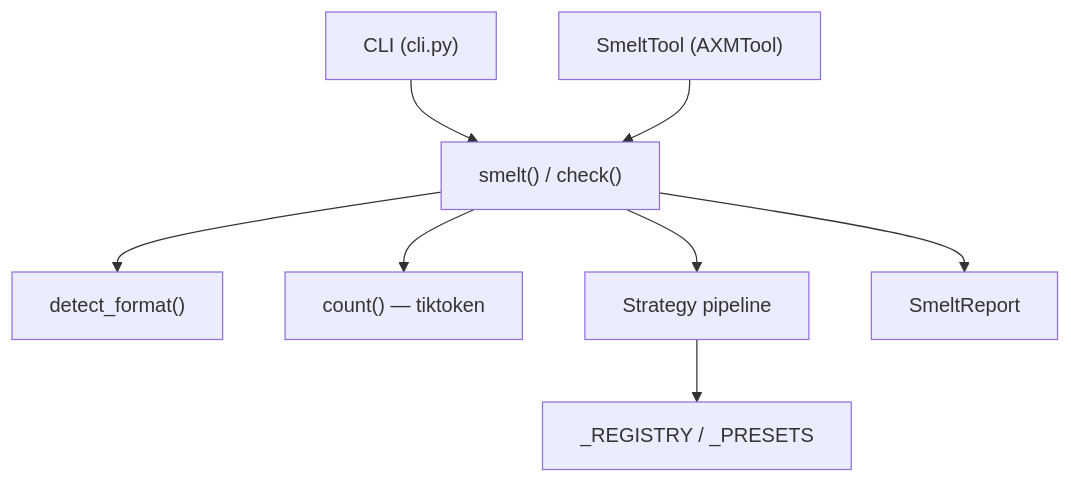
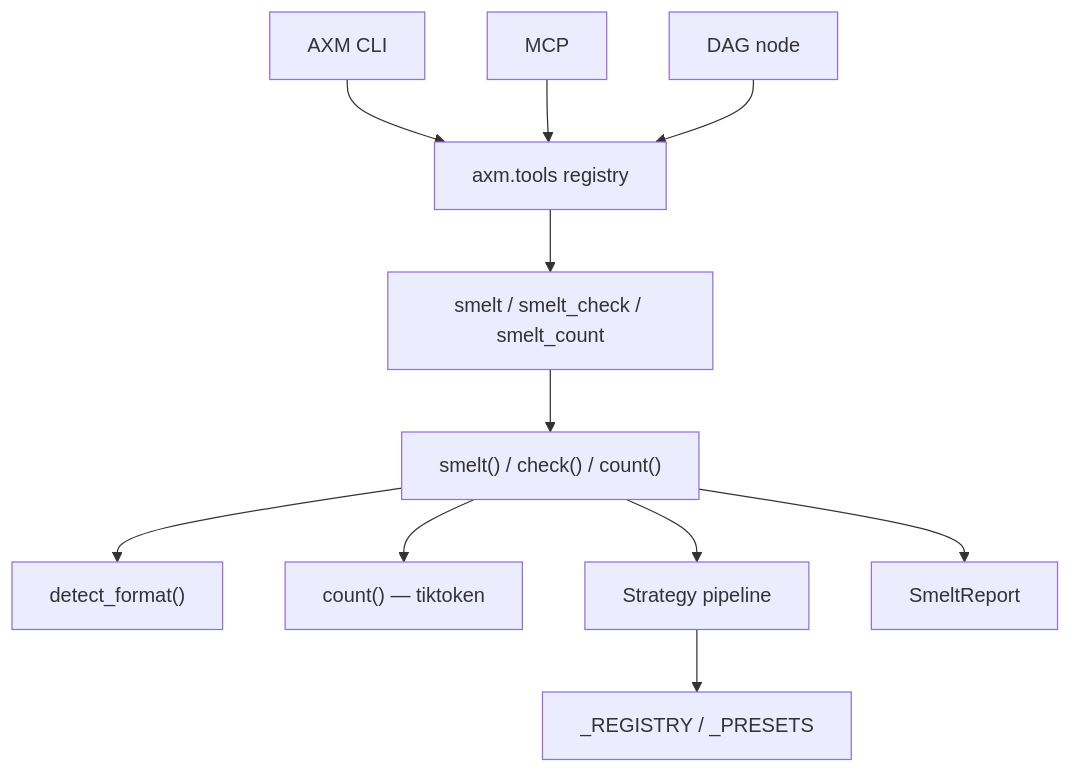
The first of 2 diagrams in packages/axm-smelt/docs/explanation/architecture.md (axm-protocols/axm-forge), drawn with Mermaid before and after one commit. The commit also changed other lines of this file and 17 other files, not shown here.

First line of the commit message:
feat(axm-smelt): retire standalone CLI facade

````diff
--- a/packages/axm-smelt/docs/explanation/architecture.md
+++ b/packages/axm-smelt/docs/explanation/architecture.md
@@ -7,10 +7,13 @@
 ```mermaid
 graph TB
-    CLI["CLI (cli.py)"] --> Pipeline["smelt() / check()"]
-    MCP["SmeltTool (AXMTool)"] --> Pipeline
+    CLI["AXM CLI"] --> ToolRegistry["axm.tools registry"]
+    MCP["MCP"] --> ToolRegistry
+    DAG["DAG node"] --> ToolRegistry
+    ToolRegistry --> Tools["smelt / smelt_check / smelt_count"]
+    Tools --> Pipeline["smelt() / check() / count()"]
     Pipeline --> Detector["detect_format()"]
     Pipeline --> Counter["count() — tiktoken"]
     Pipeline --> Strategies["Strategy pipeline"]
-    Strategies --> Registry["_REGISTRY / _PRESETS"]
+    Strategies --> StrategyRegistry["_REGISTRY / _PRESETS"]
     Pipeline --> Report["SmeltReport"]
 ```
````
